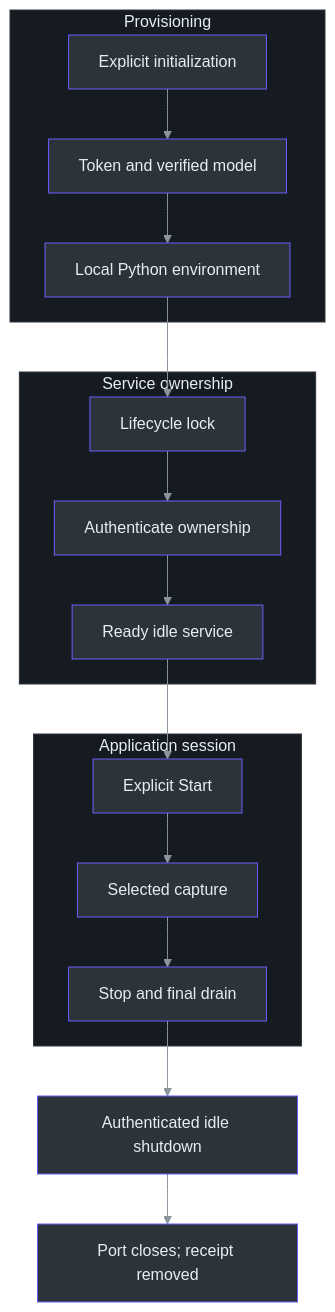
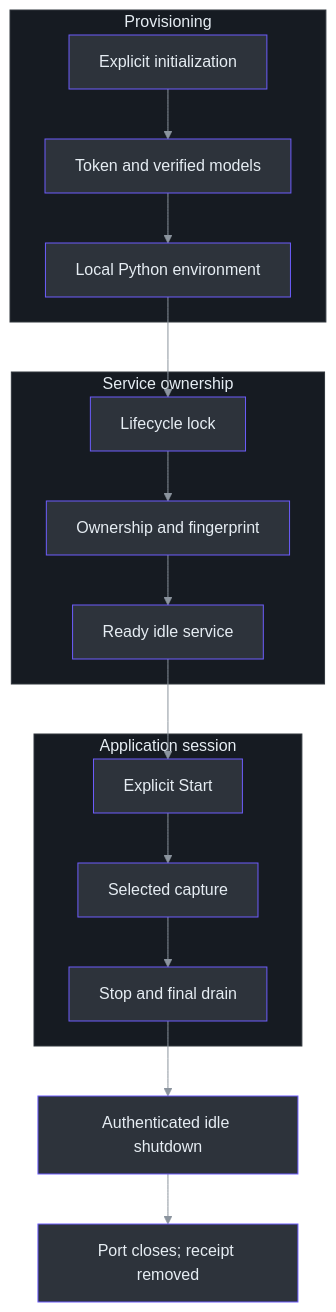
Before and after one commit to Zanark/phantom-fudge: the first of 2 diagrams in docs/handbook/10-native-service-lifecycle.md, drawn with Mermaid. The commit also changed other lines of this file and 371 other files, not shown here.

````diff
--- a/docs/handbook/10-native-service-lifecycle.md
+++ b/docs/handbook/10-native-service-lifecycle.md
@@ -27,39 +27,39 @@
 ```mermaid
 ---
 config: {"theme":"base","themeVariables":{"primaryColor":"#2d333b","primaryBorderColor":"#6d5dfc","primaryTextColor":"#e6edf3","lineColor":"#8b949e","clusterBkg":"#161b22","clusterBorder":"#30363d"}}
 ---
 flowchart TB
     accTitle: Three independent lifecycle boundaries
     accDescr: Provisioning enables a service, service readiness enables an explicit capture request, and capture stop precedes idle service shutdown.
     subgraph P["Provisioning"]
-        I["Explicit initialization"] --> V["Token and verified model"]
+        I["Explicit initialization"] --> V["Token and verified models"]
         V --> E["Local Python environment"]
     end
     subgraph S["Service ownership"]
         E --> L["Lifecycle lock"]
-        L --> O["Authenticate ownership"]
+        L --> O["Ownership and fingerprint"]
         O --> R["Ready idle service"]
     end
     subgraph A["Application session"]
         R --> U["Explicit Start"]
         U --> C["Selected capture"]
         C --> F["Stop and final drain"]
     end
     F --> H["Authenticated idle shutdown"]
     H --> X["Port closes; receipt removed"]
     style I fill:#2d333b,stroke:#6d5dfc,color:#e6edf3
     style V fill:#2d333b,stroke:#6d5dfc,color:#e6edf3
     style E fill:#2d333b,stroke:#6d5dfc,color:#e6edf3
     style L fill:#2d333b,stroke:#6d5dfc,color:#e6edf3
     style O fill:#2d333b,stroke:#6d5dfc,color:#e6edf3
     style R fill:#2d333b,stroke:#6d5dfc,color:#e6edf3
     style U fill:#2d333b,stroke:#6d5dfc,color:#e6edf3
     style C fill:#2d333b,stroke:#6d5dfc,color:#e6edf3
     style F fill:#2d333b,stroke:#6d5dfc,color:#e6edf3
     style H fill:#2d333b,stroke:#6d5dfc,color:#e6edf3
     style X fill:#2d333b,stroke:#6d5dfc,color:#e6edf3
     style P fill:#161b22,stroke:#30363d,color:#e6edf3
     style S fill:#161b22,stroke:#30363d,color:#e6edf3
     style A fill:#161b22,stroke:#30363d,color:#e6edf3
     linkStyle default stroke:#8b949e
 ```
````
